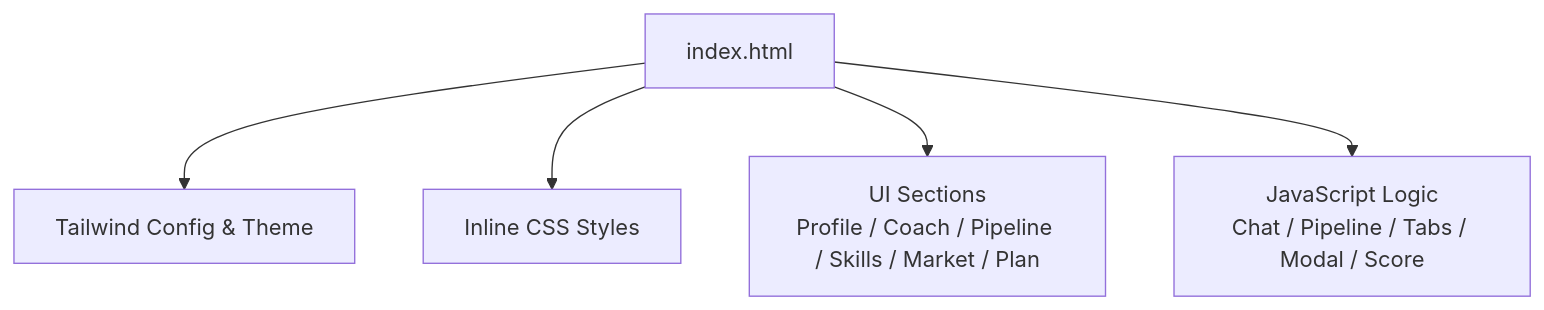
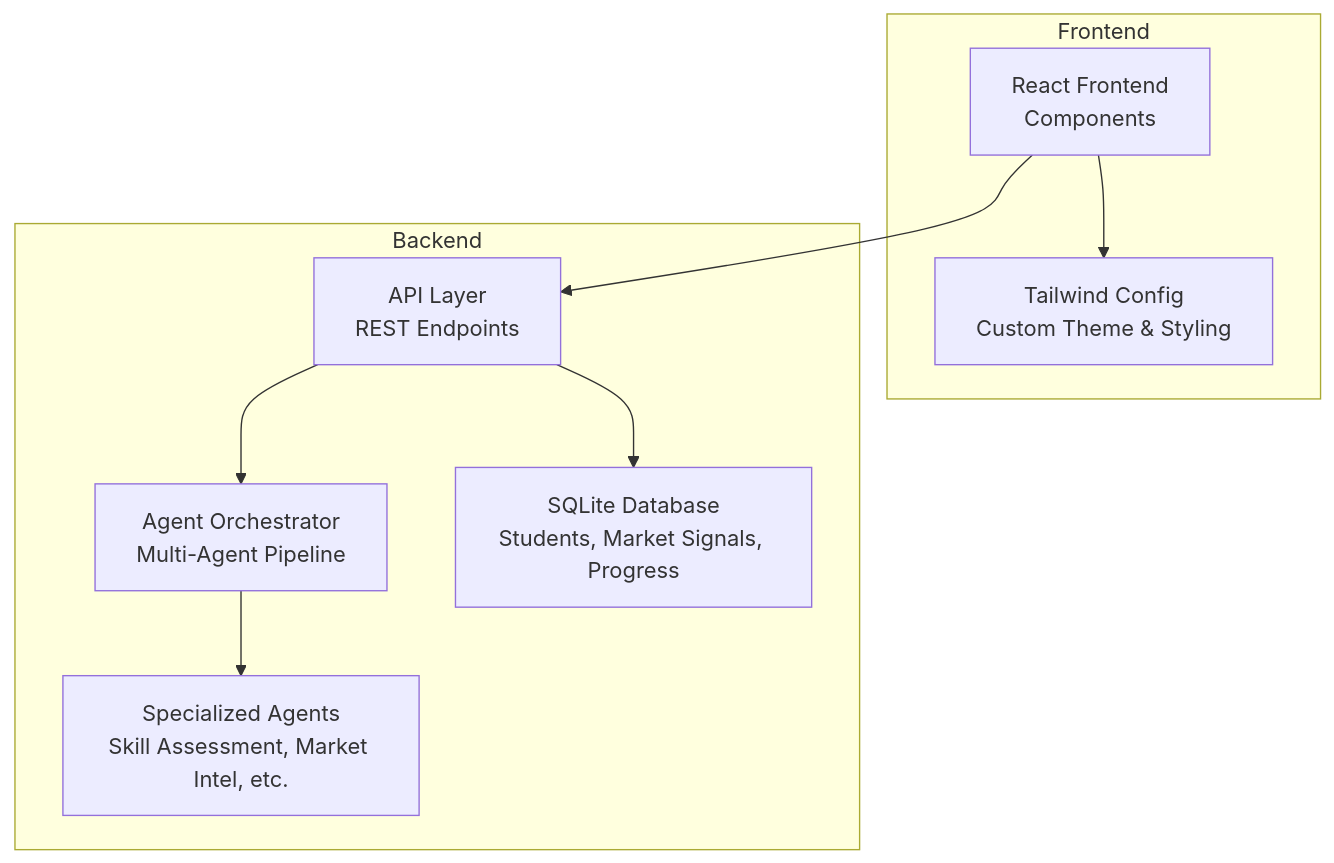
The first of 6 diagrams in .qoder/repowiki/en/content/Customization Guide.md (Alishba-Moin/CareerCompass), drawn with Mermaid before and after one commit. The commit also changed other lines of this file and 38 other files, not shown here.

Commit message:
Add Roadmap pdf download option

````diff
--- a/.qoder/repowiki/en/content/Customization Guide.md
+++ b/.qoder/repowiki/en/content/Customization Guide.md
@@ -38,7 +63,18 @@
 ```mermaid
 graph TB
-A["index.html"] --> B["Tailwind Config & Theme"]
-A --> C["Inline CSS Styles"]
-A --> D["UI Sections<br/>Profile / Coach / Pipeline / Skills / Market / Plan"]
-A --> E["JavaScript Logic<br/>Chat / Pipeline / Tabs / Modal / Score"]
+A["React Frontend<br/>Components"] --> B["API Layer<br/>REST Endpoints"]
+B --> C["Agent Orchestrator<br/>Multi-Agent Pipeline"]
+C --> D["Specialized Agents<br/>Skill Assessment, Market Intel, etc."]
+B --> E["SQLite Database<br/>Students, Market Signals, Progress"]
+A --> F["Tailwind Config<br/>Custom Theme & Styling"]
+subgraph "Frontend"
+A
+F
+end
+subgraph "Backend"
+B
+C
+D
+E
+end
 ```
````
